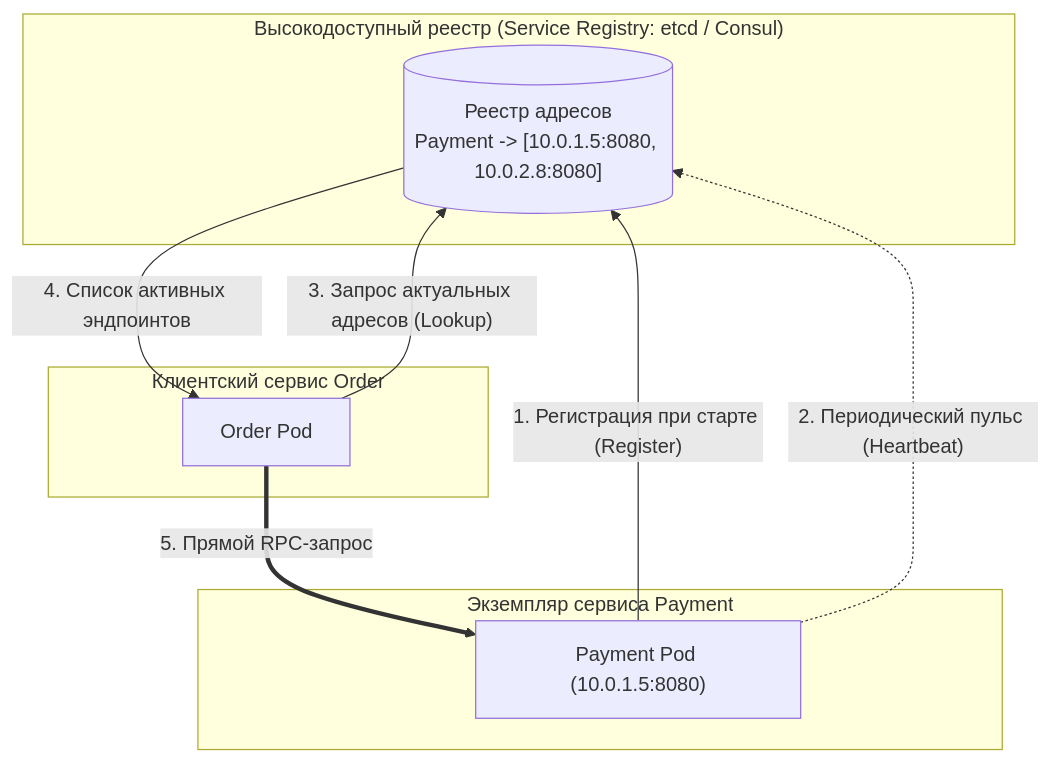
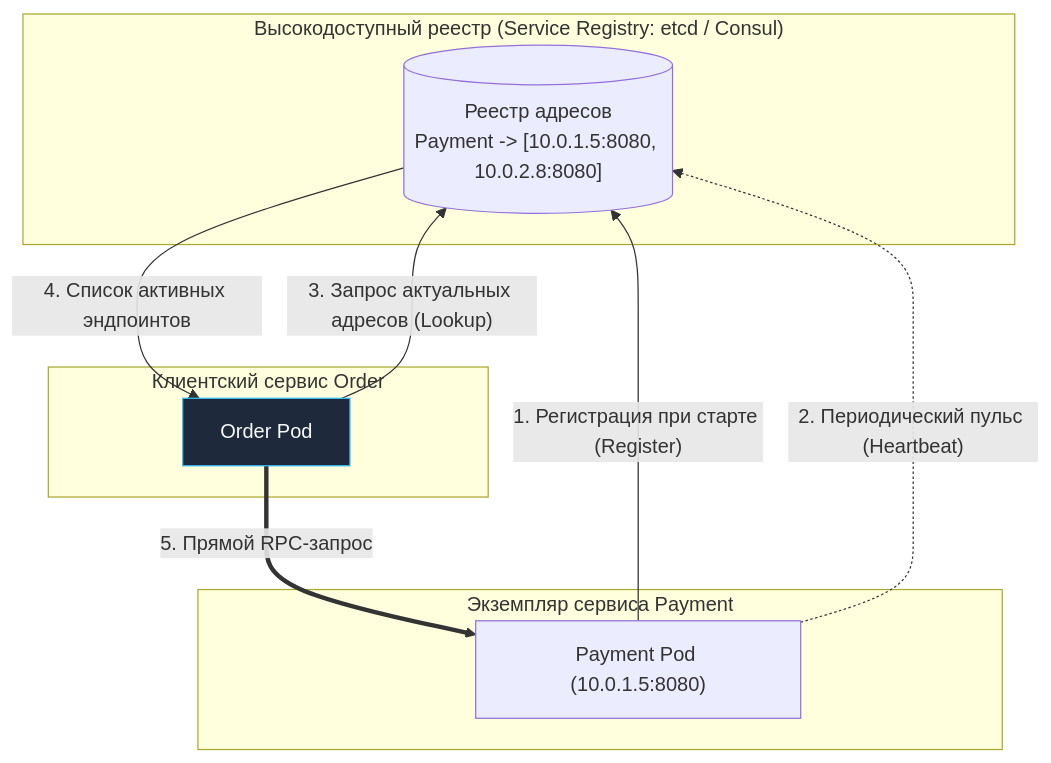
The first of 3 diagrams in sources/14. Распределенные системы на Go/04. Микросервисы/8. Service discovery.md (UnrealTemplier/go-textbook), drawn with Mermaid before and after one commit. The commit also changed other lines of this file and 1666 other files, not shown here.

First line of the commit message:
feat(mermaid): add semantic color classDef to 1369 colorless flowchart/graph diagrams

````diff
--- a/sources/14. Распределенные системы на Go/04. Микросервисы/8. Service discovery.md
+++ b/sources/14. Распределенные системы на Go/04. Микросервисы/8. Service discovery.md
@@ -7,20 +7,30 @@
 ```mermaid
 flowchart TD
+    classDef process  fill:#1e293b,stroke:#38bdf8,stroke-width:1px,color:#f8fafc
+    classDef success  fill:#064e3b,stroke:#34d399,stroke-width:1px,color:#f8fafc
+    classDef error    fill:#7f1d1d,stroke:#f87171,stroke-width:1px,color:#f8fafc
+    classDef warning  fill:#78350f,stroke:#fbbf24,stroke-width:1px,color:#f8fafc
+    classDef entry    fill:#1e3a5f,stroke:#38bdf8,stroke-width:2px,color:#f8fafc
+    classDef aux      fill:#334155,stroke:#64748b,stroke-width:1px,color:#f8fafc
+    classDef system   fill:#312e81,stroke:#a78bfa,stroke-width:1px,color:#f8fafc
+    classDef data     fill:#132d29,stroke:#2dd4bf,stroke-width:1px,color:#f8fafc
+    classDef network  fill:#881337,stroke:#fb7185,stroke-width:1px,color:#f8fafc
+    classDef accent   fill:#1e1b4b,stroke:#818cf8,stroke-width:1px,color:#f8fafc
     subgraph RegistryCluster["Высокодоступный реестр (Service Registry: etcd / Consul)"]
         Registry[("Реестр адресов<br/>Payment -> [10.0.1.5:8080, 10.0.2.8:8080]")]
     end
 
     subgraph ProviderInstance["Экземпляр сервиса Payment"]
         P1["Payment Pod (10.0.1.5:8080)"]
     end
 
     subgraph ConsumerInstance["Клиентский сервис Order"]
-        O1["Order Pod"]
+        O1["Order Pod"]:::process
     end
 
     P1 -->|"1. Регистрация при старте (Register)"| Registry
     P1 -.->|"2. Периодический пульс (Heartbeat)"| Registry
     O1 -->|"3. Запрос актуальных адресов (Lookup)"| Registry
     Registry -->|"4. Список активных эндпоинтов"| O1
     O1 ==>|"5. Прямой RPC-запрос"| P1
 ```
````
